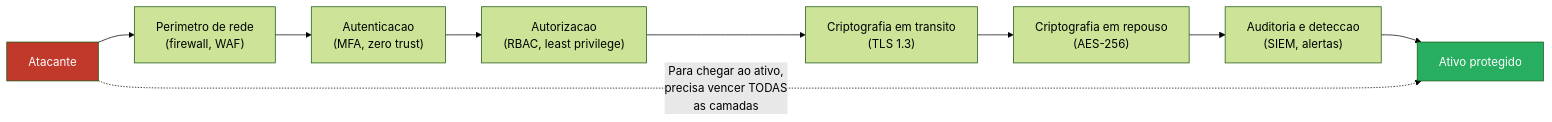
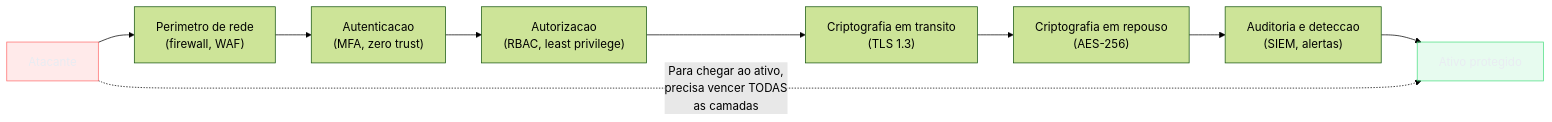
The seventh of 7 diagrams in 03-Dominios/Engenharia/Segurança/04 - Princípios de design seguro.md (josenaldo/codex-technomanticus), drawn with Mermaid (forest theme) before and after one commit. The commit also changed other lines of this file and 1181 other files, not shown here.

First line of the commit message:
fix(diagramas): paleta do sistema no lugar de cor cravada no markdown

````diff
--- a/03-Dominios/Engenharia/Segurança/04 - Princípios de design seguro.md
+++ b/03-Dominios/Engenharia/Segurança/04 - Princípios de design seguro.md
@@ -329,17 +339,19 @@
 ```mermaid
 flowchart LR
+    classDef falha fill:#FF6B6B24,stroke:#FF6B6B,color:#E9ECF2
+    classDef ok fill:#4ADE8021,stroke:#4ADE80,color:#E9ECF2
     ATK["Atacante"]
 
     ATK --> L1["Perimetro de rede\n(firewall, WAF)"]
     L1 --> L2["Autenticacao\n(MFA, zero trust)"]
     L2 --> L3["Autorizacao\n(RBAC, least privilege)"]
     L3 --> L4["Criptografia em transito\n(TLS 1.3)"]
     L4 --> L5["Criptografia em repouso\n(AES-256)"]
     L5 --> L6["Auditoria e deteccao\n(SIEM, alertas)"]
     L6 --> ASSET["Ativo protegido"]
 
     ATK -.->|"Para chegar ao ativo,\nprecisa vencer TODAS\nas camadas"| ASSET
 
-    style ATK fill:#c0392b,color:#fff
-    style ASSET fill:#27ae60,color:#fff
+    class ATK falha
+    class ASSET ok
 ```
````
